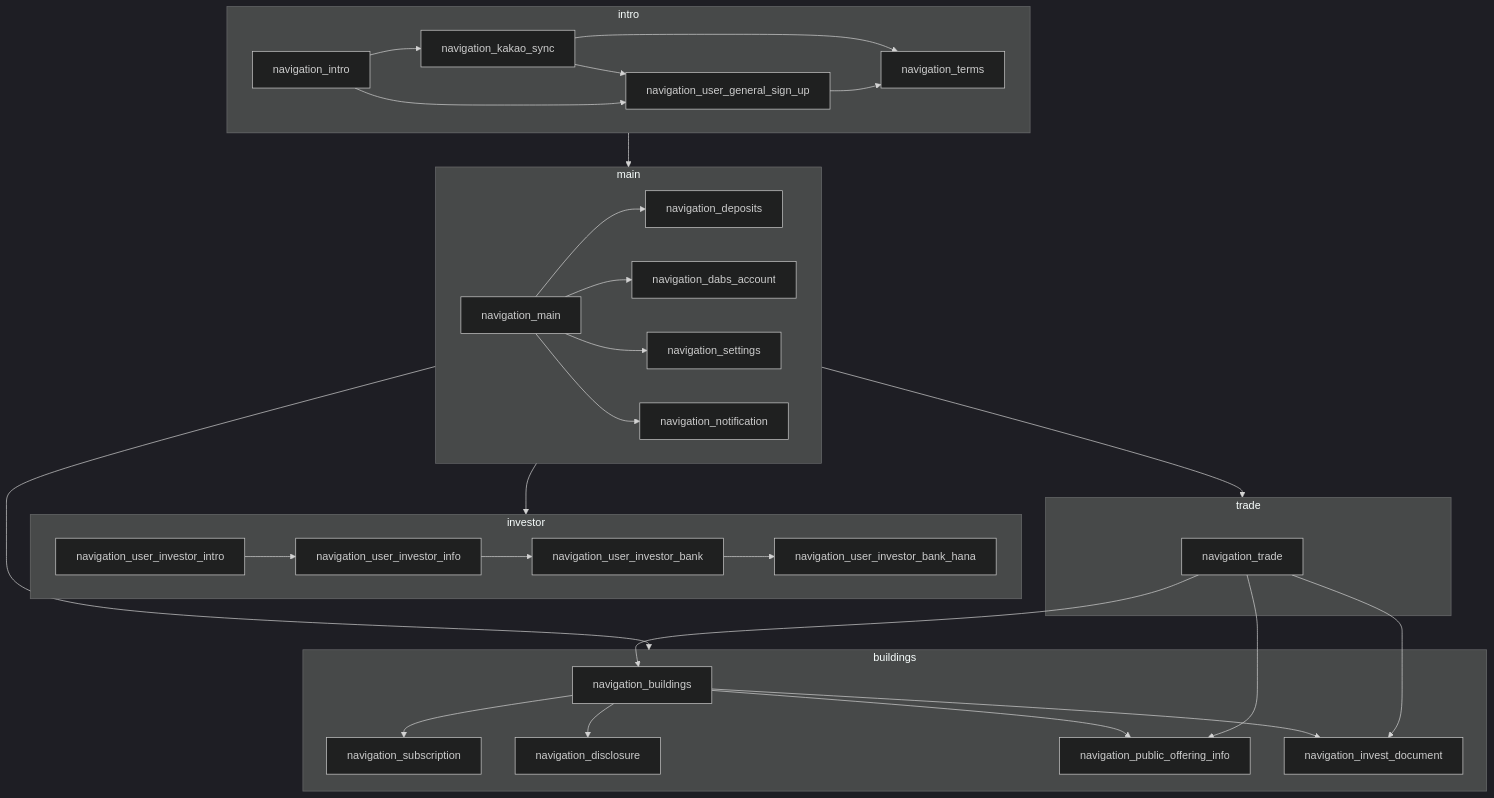
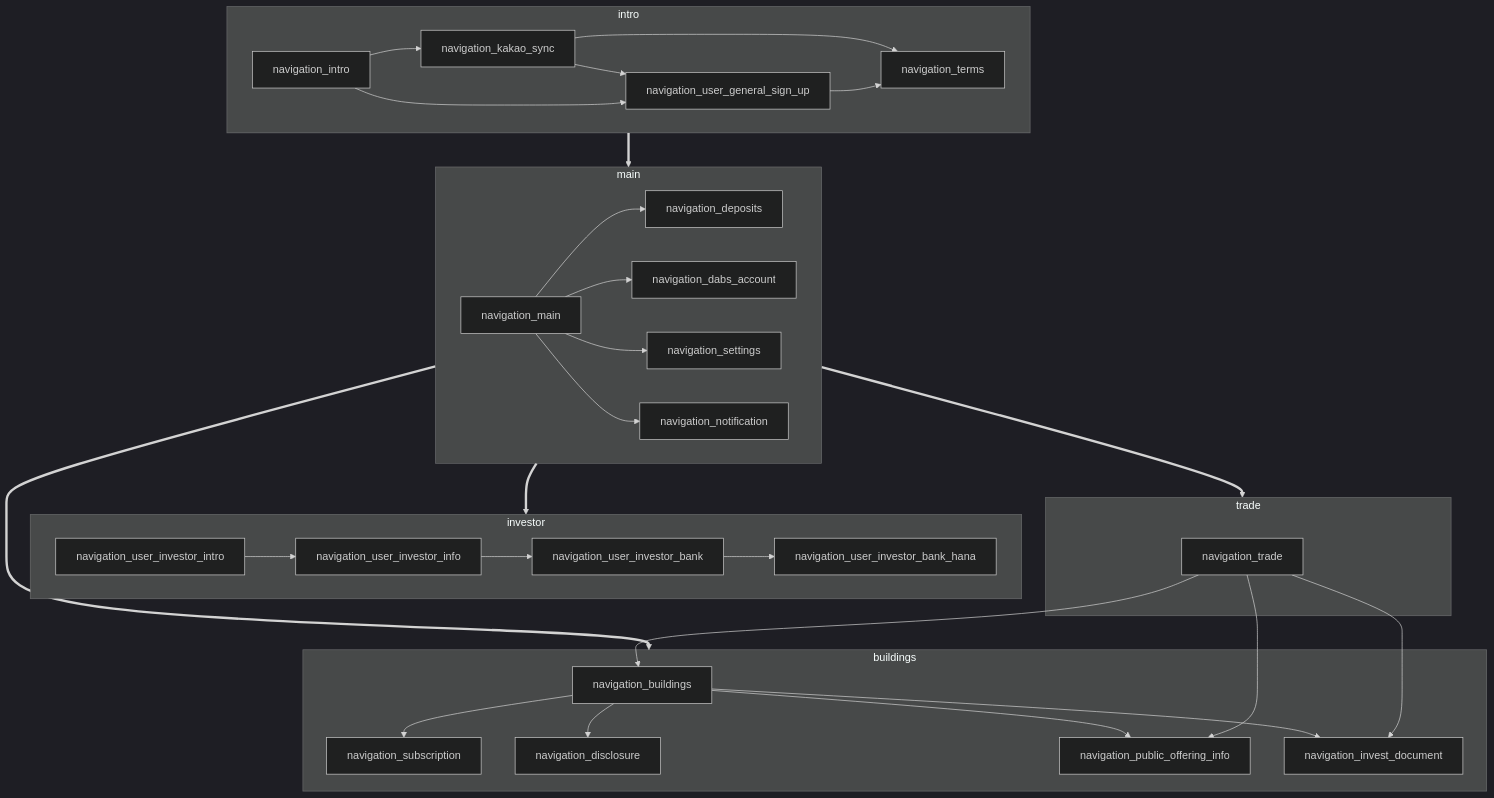
One commit to code-bross/flow-chart-sample changed the diagram in mermaid/navigation.mermaid. Above: the diagram before and after it, drawn with Mermaid (dark theme).

```diff
--- a/mermaid/navigation.mermaid
+++ b/mermaid/navigation.mermaid
@@ -1,34 +1,34 @@
 flowchart TB
     subgraph intro
         navigation_intro-->navigation_kakao_sync;
         navigation_intro-->navigation_user_general_sign_up;
         navigation_kakao_sync-->navigation_terms;
         navigation_kakao_sync-->navigation_user_general_sign_up;
         navigation_user_general_sign_up-->navigation_terms;
     end
     subgraph main
         navigation_main-->navigation_deposits;
         navigation_main-->navigation_dabs_account;
         navigation_main-->navigation_settings;
         navigation_main-->navigation_notification;
     end
     subgraph investor
         navigation_user_investor_intro-->navigation_user_investor_info;
         navigation_user_investor_info-->navigation_user_investor_bank;
         navigation_user_investor_bank-->navigation_user_investor_bank_hana;
     end
     subgraph buildings
         navigation_buildings-->navigation_subscription;
         navigation_buildings-->navigation_disclosure;
         navigation_buildings-->navigation_public_offering_info;
         navigation_buildings-->navigation_invest_document;
     end
     subgraph trade
         navigation_trade-->navigation_public_offering_info;
         navigation_trade-->navigation_buildings;
         navigation_trade-->navigation_invest_document;
     end
-    intro --> main;
-    main --> investor;
-    main --> buildings;
-    main --> trade;
+    intro ==> main;
+    main ==> investor;
+    main ==> buildings;
+    main ==> trade;
```
